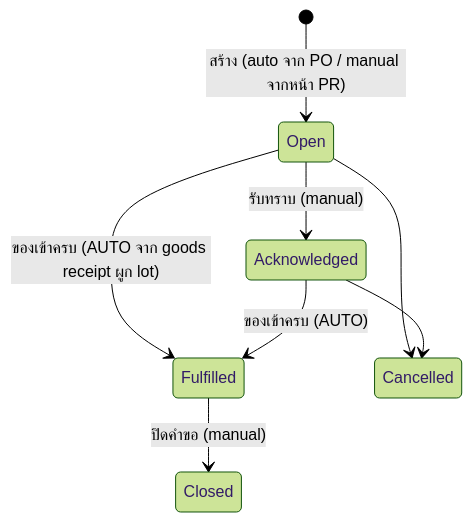
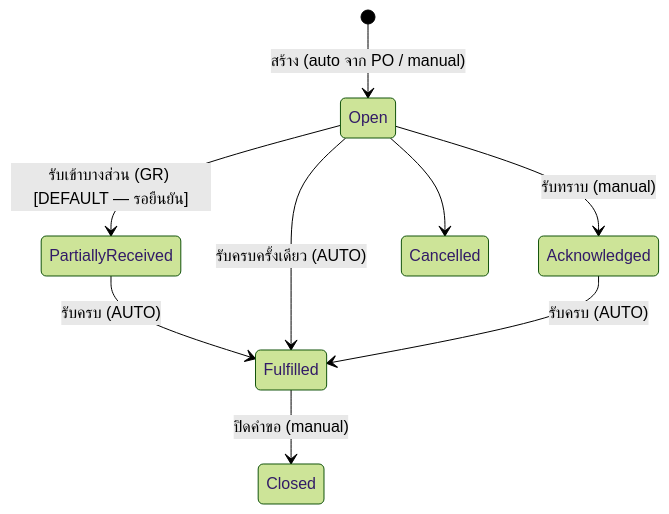
Before and after one commit to sitthi-phat/erp-cosmetics-manufacturing-module: the seventh of 8 diagrams in docs/requirements/erp-v2-ui-first/status-journeys.md, drawn with Mermaid (forest theme). The commit also changed other lines of this file and 3 other files, not shown here.

````diff
--- a/docs/requirements/erp-v2-ui-first/status-journeys.md
+++ b/docs/requirements/erp-v2-ui-first/status-journeys.md
@@ -180,10 +168,11 @@
 ```mermaid
 stateDiagram-v2
-    [*] --> Open: สร้าง (auto จาก PO / manual จากหน้า PR)
+    [*] --> Open: สร้าง (auto จาก PO / manual)
     Open --> Acknowledged: รับทราบ (manual)
-    Open --> Fulfilled: ของเข้าครบ (AUTO จาก goods receipt ผูก lot)
-    Acknowledged --> Fulfilled: ของเข้าครบ (AUTO)
+    Open --> PartiallyReceived: รับเข้าบางส่วน (GR) [DEFAULT — รอยืนยัน]
+    PartiallyReceived --> Fulfilled: รับครบ (AUTO)
+    Open --> Fulfilled: รับครบครั้งเดียว (AUTO)
+    Acknowledged --> Fulfilled: รับครบ (AUTO)
     Fulfilled --> Closed: ปิดคำขอ (manual)
     Open --> Cancelled
-    Acknowledged --> Cancelled
 ```
````
